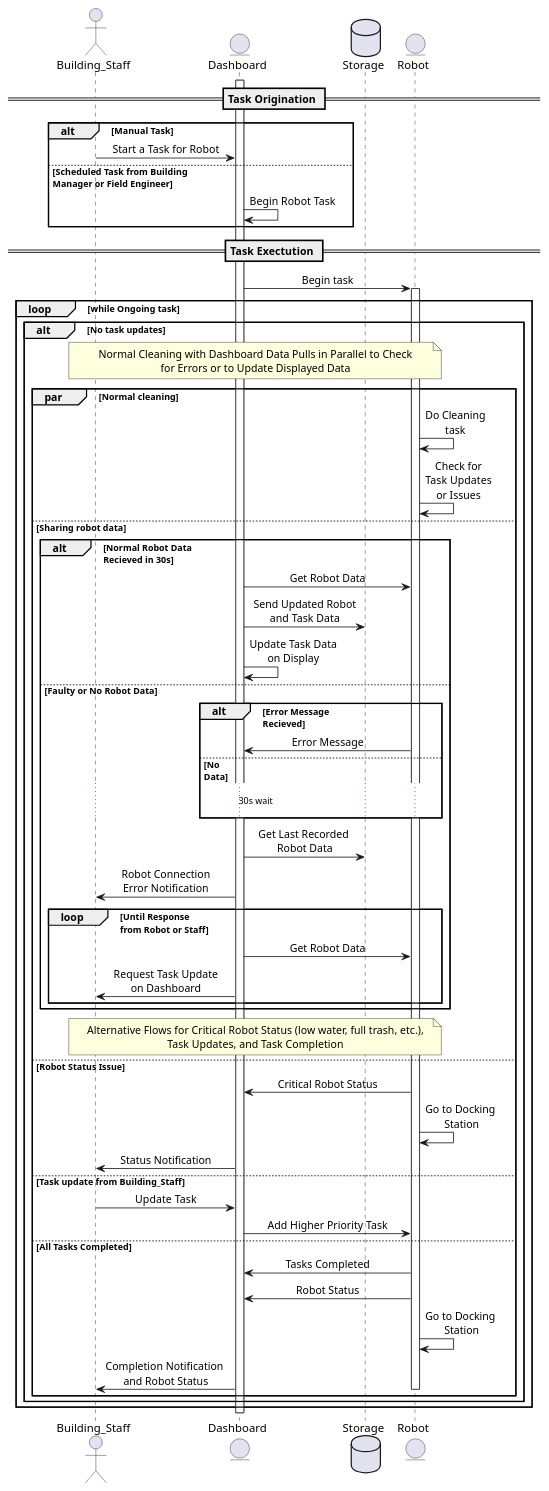
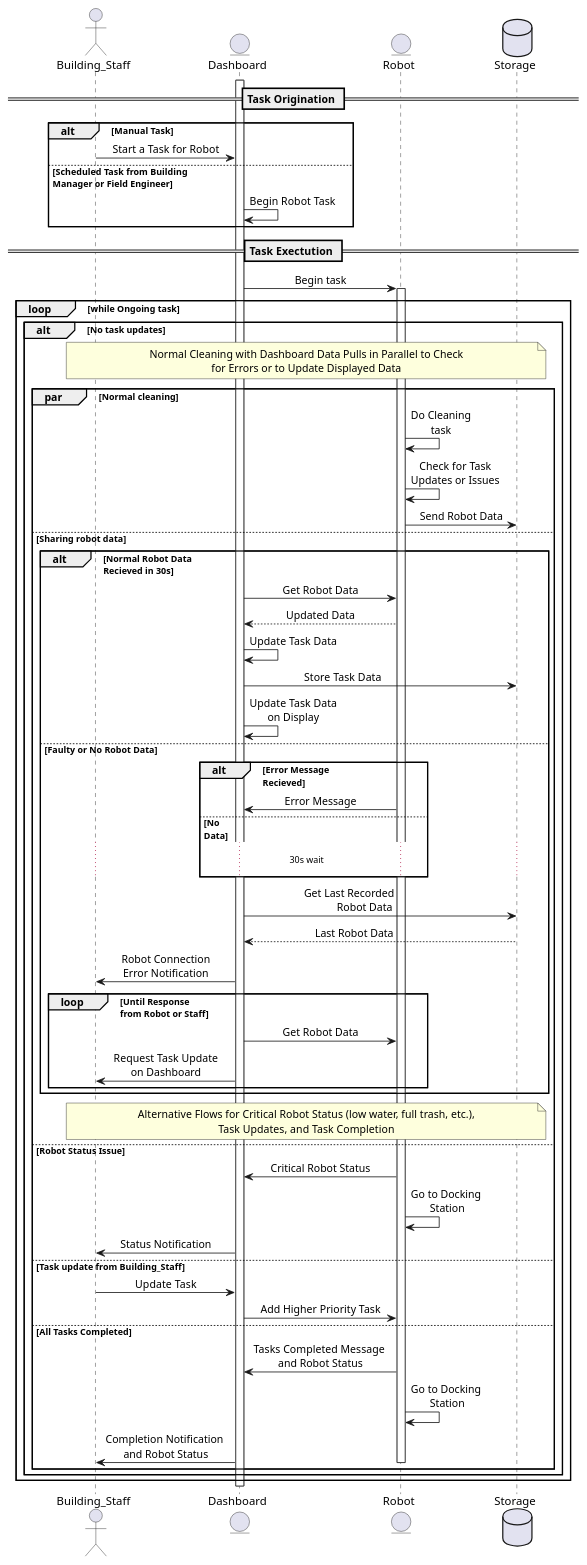
The diagram in docs/design/modeling_diagrams/sequence_diagrams/cleaning_task.puml (ur-swe-fa24/main-project-snoopy-corp), drawn with PlantUML before and after one commit.

Commit message:
Formatting Updates

```diff
--- a/docs/design/modeling_diagrams/sequence_diagrams/cleaning_task.puml
+++ b/docs/design/modeling_diagrams/sequence_diagrams/cleaning_task.puml
@@ -1,67 +1,71 @@
 @startuml Robot_Cleaning_Task
 skinparam sequenceMessageAlign center
 skinparam NoteTextAlignment center
 actor Building_Staff
 entity Dashboard
+entity Robot
 database Storage
-entity Robot
+
 activate Dashboard
 == Task Origination ==
 alt Manual Task
     Building_Staff -> Dashboard: Start a Task for Robot
 else Scheduled Task from Building \nManager or Field Engineer
     Dashboard -> Dashboard: Begin Robot Task
 end
 
 == Task Exectution ==
 Dashboard -> Robot: Begin task
 activate Robot
 loop while Ongoing task
 'If-else for task updates
 alt No task updates
     'Normal cleaning procedure on parallel
     note across: Normal Cleaning with Dashboard Data Pulls in Parallel to Check\nfor Errors or to Update Displayed Data
     par Normal cleaning
         Robot -> Robot: Do Cleaning\ntask
-        Robot -> Robot: Check for\nTask Updates\nor Issues
+        Robot -> Robot: Check for Task\nUpdates or Issues
+        Robot -> Storage: Send Robot Data
     else Sharing robot data
     alt Normal Robot Data\nRecieved in 30s
         Dashboard -> Robot: Get Robot Data
-        Dashboard -> Storage: Send Updated Robot\nand Task Data
+        Robot --> Dashboard: Updated Data
+        Dashboard -> Dashboard: Update Task Data
+        Dashboard -> Storage: Store Task Data\t\t\t\t
         Dashboard -> Dashboard: Update Task Data\non Display
     else Faulty or No Robot Data
         alt Error Message \nRecieved
         Robot -> Dashboard: Error Message
         else No \nData
         ... 30s wait ...
         end
-        Dashboard -> Storage: Get Last Recorded \nRobot Data
+        Dashboard -> Storage: Get Last Recorded\t\t\t\nRobot Data\t\t
+        Storage --> Dashboard: Last Robot Data\t\t\t
         Dashboard -> Building_Staff: Robot Connection\nError Notification
         loop Until Response \nfrom Robot or Staff
             Dashboard -> Robot: Get Robot Data
             Dashboard -> Building_Staff: Request Task Update\non Dashboard
 
     end 
     end
 note across: Alternative Flows for Critical Robot Status (low water, full trash, etc.),\nTask Updates, and Task Completion
 else Robot Status Issue
     Robot -> Dashboard: Critical Robot Status
     Robot -> Robot: Go to Docking \nStation
     Dashboard -> Building_Staff: Status Notification
 
 else Task update from Building_Staff
     Building_Staff -> Dashboard: Update Task
     Dashboard -> Robot: Add Higher Priority Task
 
 else All Tasks Completed
-    Robot -> Dashboard: Tasks Completed
-    Robot -> Dashboard: Robot Status
+    Robot -> Dashboard: Tasks Completed Message \nand Robot Status
     Robot -> Robot: Go to Docking \nStation
     Dashboard -> Building_Staff: Completion Notification \nand Robot Status
 deactivate Robot
 end
 end
 end
 deactivate Robot
 deactivate Dashboard
 @enduml
```
